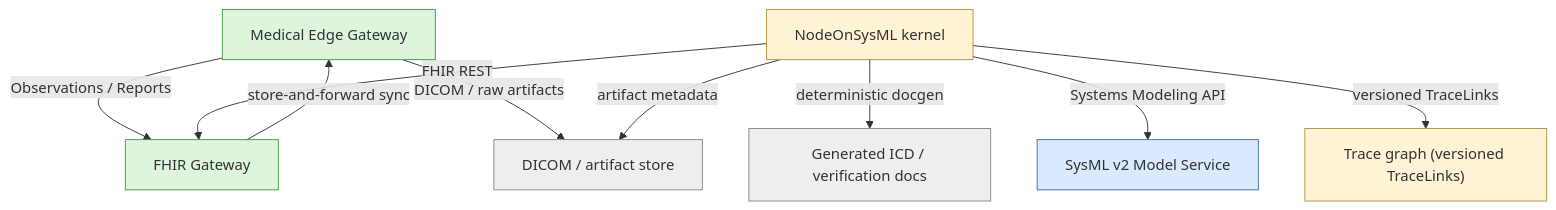
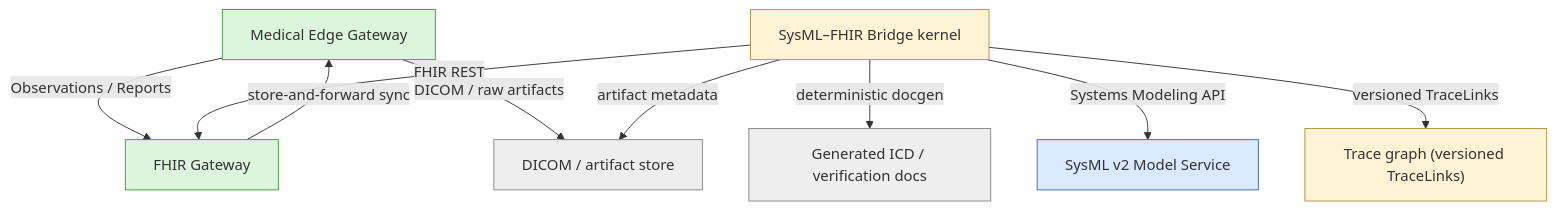
The diagram in generated/diagrams/architecture.mmd (awatson1978/sysml-fhir-bridge), drawn with Mermaid before and after one commit. The commit also changed 71 other files, not shown here.

First line of the commit message:
Rename project to sysml-fhir-bridge

```diff
--- a/generated/diagrams/architecture.mmd
+++ b/generated/diagrams/architecture.mmd
@@ -1,27 +1,27 @@
 flowchart TD
   docs["Generated ICD / verification docs"]
   class docs artifact
   edge["Medical Edge Gateway"]
   class edge fhir
   fhir["FHIR Gateway"]
   class fhir fhir
   img["DICOM / artifact store"]
   class img artifact
-  nos["NodeOnSysML kernel"]
+  nos["SysML–FHIR Bridge kernel"]
   class nos trace
   sys["SysML v2 Model Service"]
   class sys sysml
   trace["Trace graph (versioned TraceLinks)"]
   class trace trace
   edge -->|Observations / Reports| fhir
   edge -->|DICOM / raw artifacts| img
   fhir -->|store-and-forward sync| edge
   nos -->|deterministic docgen| docs
   nos -->|FHIR REST| fhir
   nos -->|artifact metadata| img
   nos -->|Systems Modeling API| sys
   nos -->|versioned TraceLinks| trace
   classDef sysml fill:#dbe9ff,stroke:#3b6db3
   classDef trace fill:#fff3d6,stroke:#b3923b
   classDef fhir fill:#dcf5dc,stroke:#3f9c3f
   classDef artifact fill:#eeeeee,stroke:#888888
```
